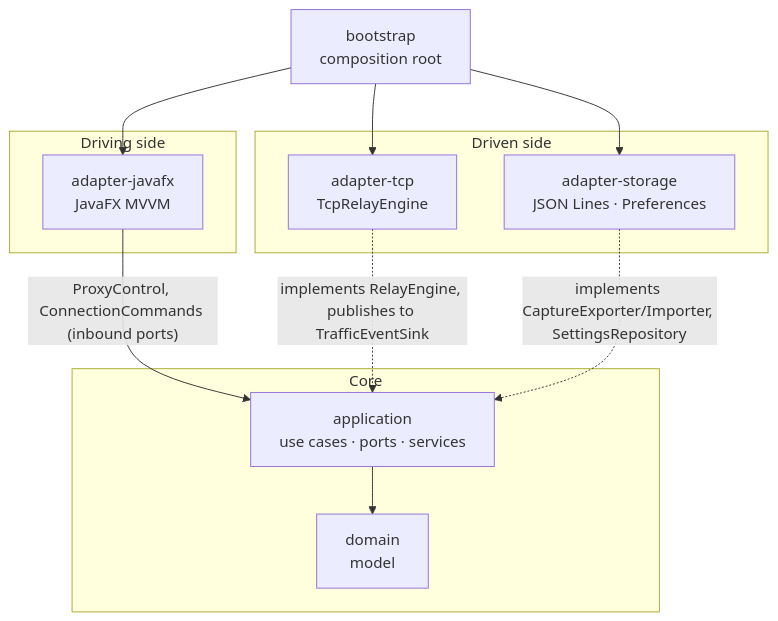
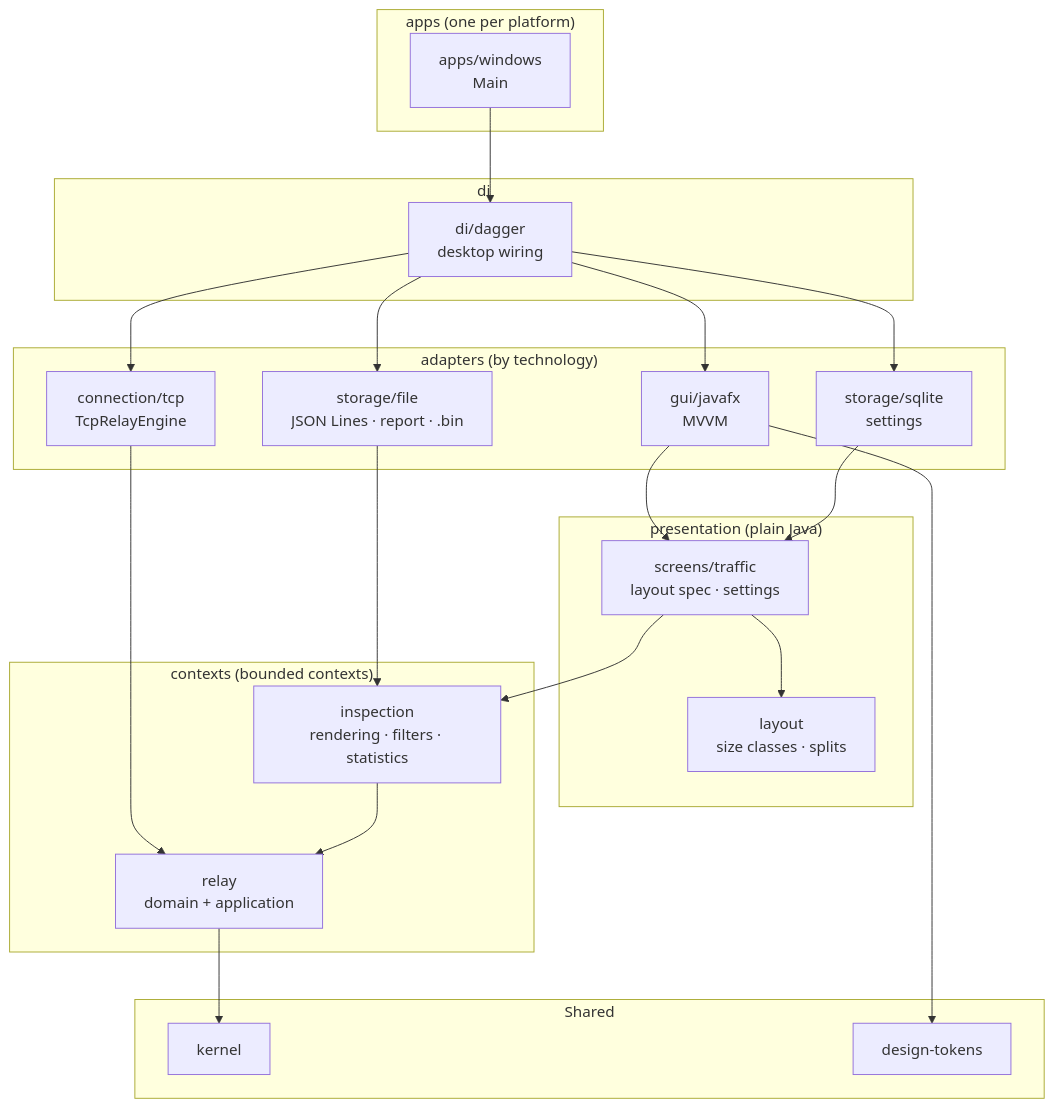
The first of 2 diagrams in docs/ARCHITECTURE.md (Mr-Alireza82/WireLens), drawn with Mermaid before and after one commit. The commit also changed other lines of this file and 33 other files, not shown here.

First line of the commit message:
Add size-class layouts, design tokens and architecture tests

````diff
--- a/docs/ARCHITECTURE.md
+++ b/docs/ARCHITECTURE.md
@@ -12,19 +13,34 @@
 ```mermaid
 flowchart TB
-    subgraph Driving side
-        ui[adapter-javafx<br/>JavaFX MVVM]
+    subgraph Apps["apps (one per platform)"]
+        win[apps/windows<br/>Main]
     end
-    subgraph Core
-        app[application<br/>use cases · ports · services]
-        dom[domain<br/>model]
-        app --> dom
+    subgraph DI["di"]
+        dagger[di/dagger<br/>desktop wiring]
     end
-    subgraph Driven side
-        tcp[adapter-tcp<br/>TcpRelayEngine]
-        sto[adapter-storage<br/>JSON Lines · Preferences]
+    subgraph Adapters["adapters (by technology)"]
+        fx[gui/javafx<br/>MVVM]
+        tcp[connection/tcp<br/>TcpRelayEngine]
+        file[storage/file<br/>JSON Lines · report · .bin]
+        sql[storage/sqlite<br/>settings]
     end
-    ui -- "ProxyControl, ConnectionCommands (inbound ports)" --> app
-    tcp -. "implements RelayEngine, publishes to TrafficEventSink" .-> app
-    sto -. "implements CaptureExporter/Importer, SettingsRepository" .-> app
-    boot[bootstrap<br/>composition root] --> ui & tcp & sto
+    subgraph Presentation["presentation (plain Java)"]
+        screen[screens/traffic<br/>layout spec · settings]
+        layout[layout<br/>size classes · splits]
+    end
+    subgraph Contexts["contexts (bounded contexts)"]
+        relay[relay<br/>domain + application]
+        insp[inspection<br/>rendering · filters · statistics]
+    end
+    subgraph Shared
+        kernel[kernel]
+        tokens[design-tokens]
+    end
+    win --> dagger --> fx & tcp & file & sql
+    fx --> screen & tokens
+    sql --> screen
+    screen --> layout & insp
+    tcp --> relay
+    file --> insp
+    insp --> relay --> kernel
 ```
````
